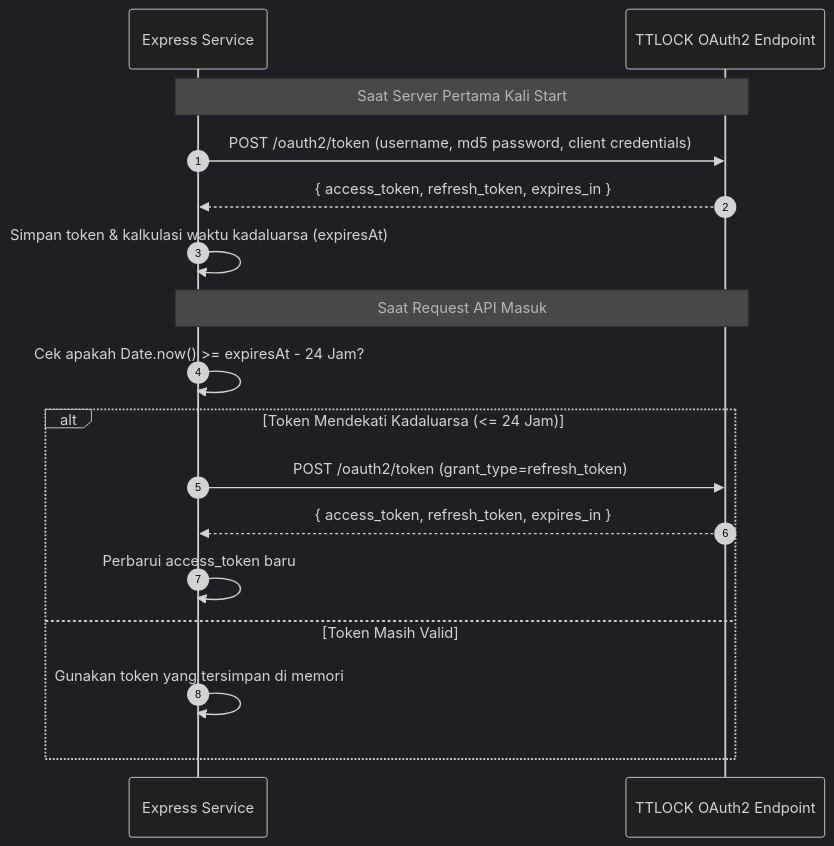
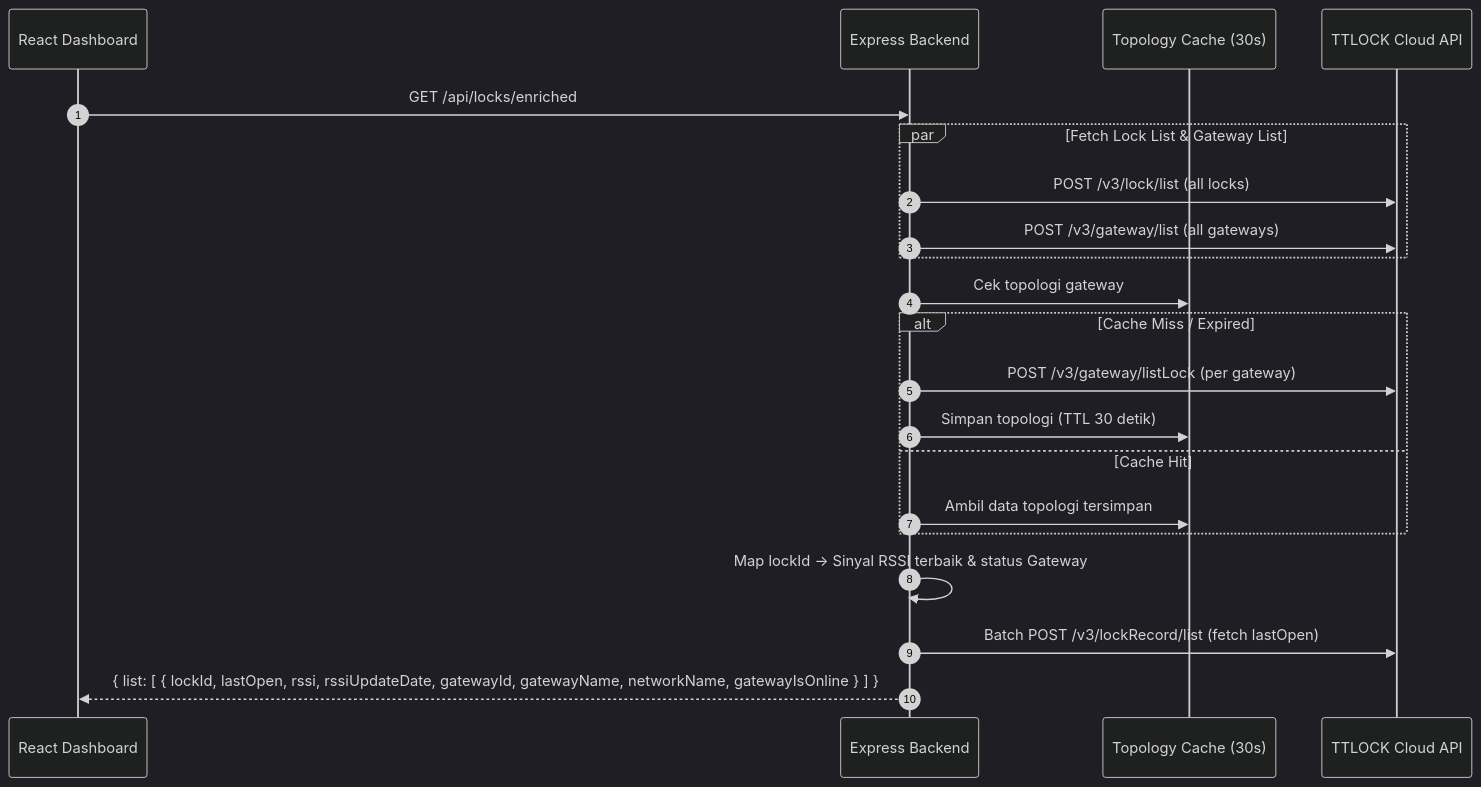
The fourth of 7 diagrams in docs/ARCHITECTURE.md (helmipradita/ttlock-dashboard), drawn with Mermaid (dark theme) before and after one commit. The commit also changed other lines of this file and 37 other files, not shown here.

````diff
--- a/docs/ARCHITECTURE.md
+++ b/docs/ARCHITECTURE.md
@@ -98,21 +105,24 @@
 ```mermaid
 sequenceDiagram
     autonumber
-    participant Backend as Express Service
-    participant TTLock as TTLOCK OAuth2 Endpoint
+    participant Client as React Dashboard
+    participant Backend as Express Backend
+    participant Cache as Topology Cache (30s)
+    participant TTLock as TTLOCK Cloud API
 
-    Note over Backend,TTLock: Saat Server Pertama Kali Start
-    Backend->>TTLock: POST /oauth2/token (username, md5 password, client credentials)
-    TTLock-->>Backend: { access_token, refresh_token, expires_in }
-    Backend->>Backend: Simpan token & kalkulasi waktu kadaluarsa (expiresAt)
-
-    Note over Backend,TTLock: Saat Request API Masuk
-    Backend->>Backend: Cek apakah Date.now() >= expiresAt - 24 Jam?
-    alt Token Mendekati Kadaluarsa (<= 24 Jam)
-        Backend->>TTLock: POST /oauth2/token (grant_type=refresh_token)
-        TTLock-->>Backend: { access_token, refresh_token, expires_in }
-        Backend->>Backend: Perbarui access_token baru
-    else Token Masih Valid
-        Backend->>Backend: Gunakan token yang tersimpan di memori
+    Client->>Backend: GET /api/locks/enriched
+    par Fetch Lock List & Gateway List
+        Backend->>TTLock: POST /v3/lock/list (all locks)
+        Backend->>TTLock: POST /v3/gateway/list (all gateways)
     end
+    Backend->>Cache: Cek topologi gateway
+    alt Cache Miss / Expired
+        Backend->>TTLock: POST /v3/gateway/listLock (per gateway)
+        Backend->>Cache: Simpan topologi (TTL 30 detik)
+    else Cache Hit
+        Backend->>Cache: Ambil data topologi tersimpan
+    end
+    Backend->>Backend: Map lockId -> Sinyal RSSI terbaik & status Gateway
+    Backend->>TTLock: Batch POST /v3/lockRecord/list (fetch lastOpen)
+    Backend-->>Client: { list: [ { lockId, lastOpen, rssi, rssiUpdateDate, gatewayId, gatewayName, networkName, gatewayIsOnline } ] }
 ```
````
